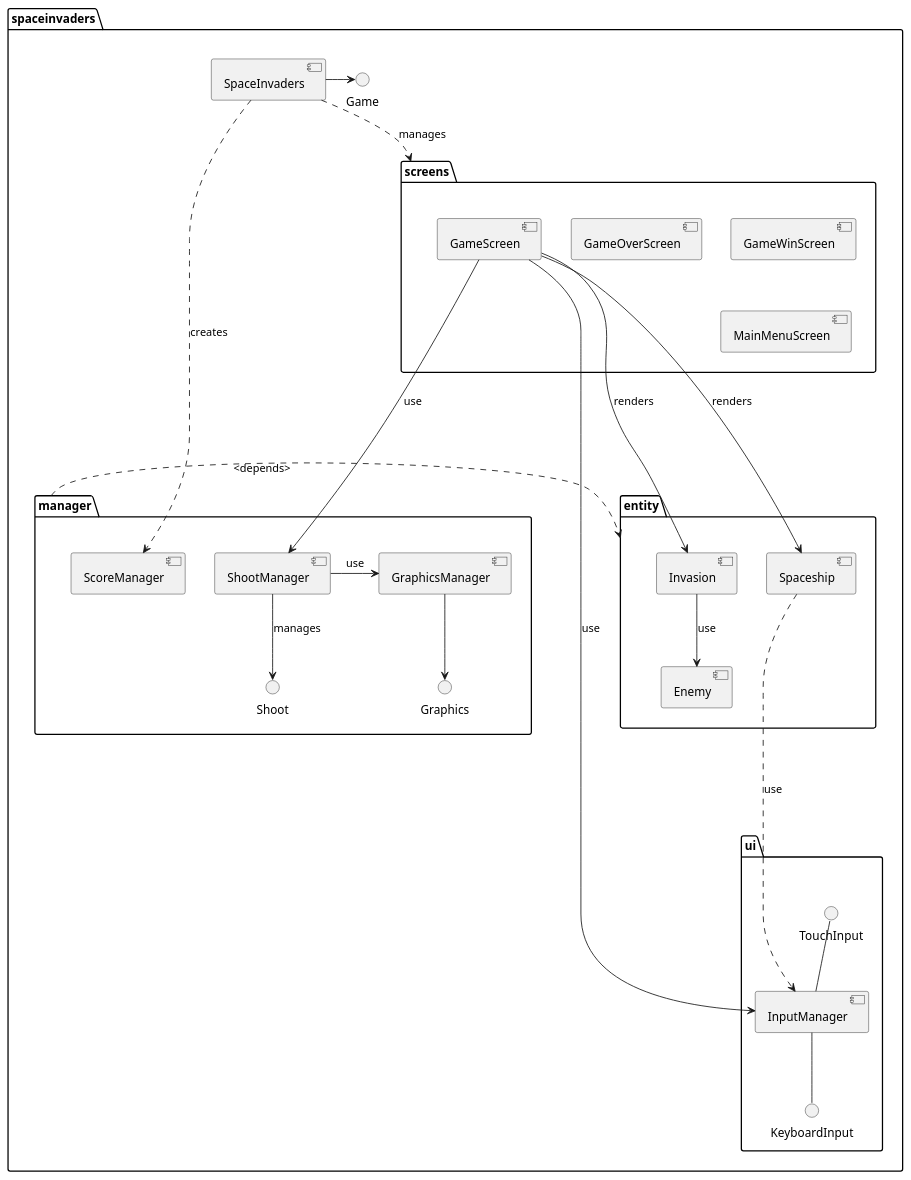
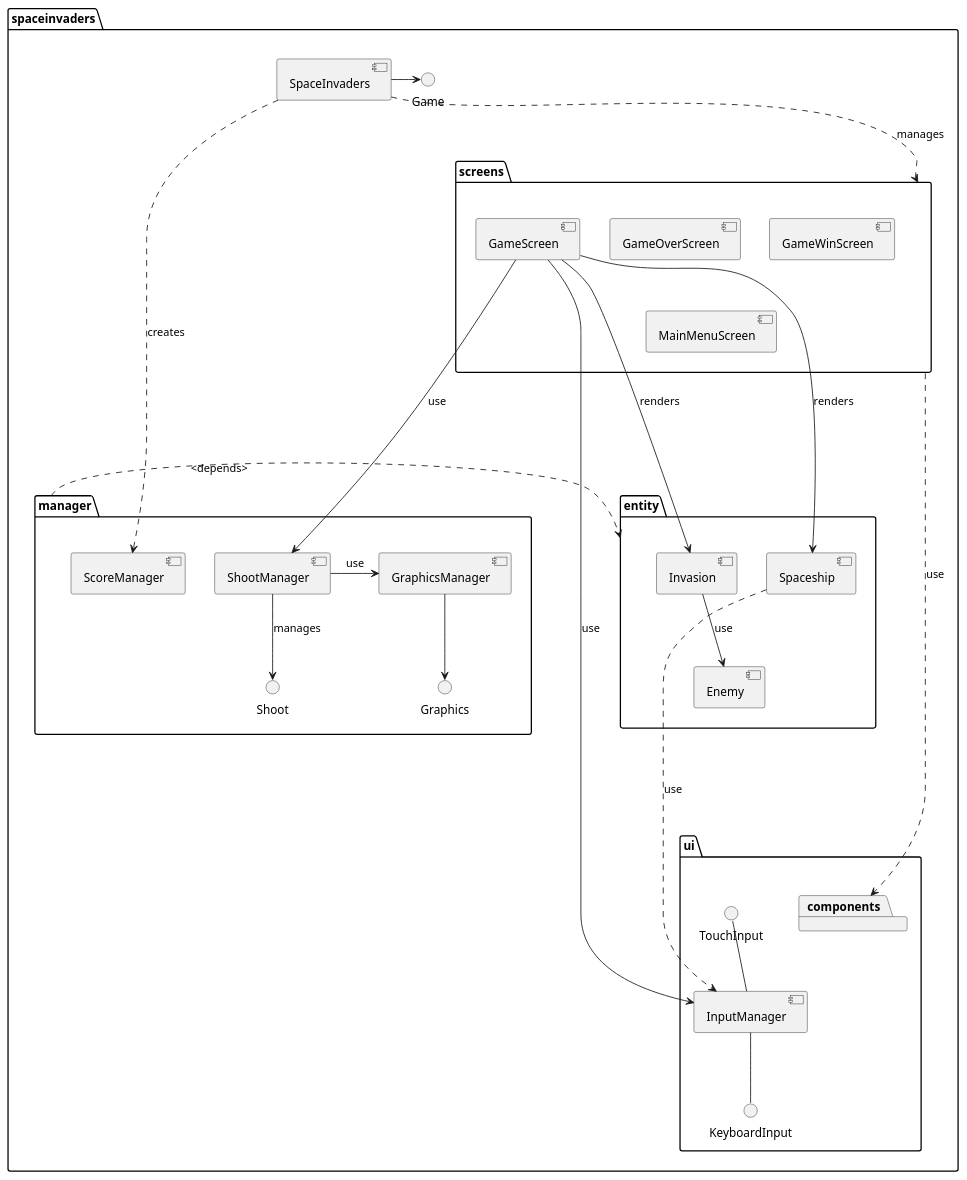
One commit to sratatata/space-invaders changed the diagram in static/core-components.puml. Above: the diagram before and after it, drawn with PlantUML. The commit also changed 2 other files, not shown here.

Commit message:
Move Label to components package

```diff
--- a/static/core-components.puml
+++ b/static/core-components.puml
@@ -1,40 +1,43 @@
 @startuml
 package "spaceinvaders" {
 
     package "manager" {
         [GraphicsManager] -down-> Graphics
         [ShootManager] -> [GraphicsManager] : use
         [ShootManager] --> Shoot : manages
         [ScoreManager]
     }
 
     package "ui" {
         [InputManager] -up- TouchInput
         [InputManager] -down- KeyboardInput
+
+        package "components"
     }
 
     package "entity" {
         [Enemy]
         [Invasion] --> [Enemy] : use
         [Spaceship] .....> InputManager : use
     }
 
     package "screens" {
         [GameScreen] --> [InputManager] : use
         [GameScreen] ----> [Spaceship] : renders
         [GameScreen] ----> [Invasion] : renders
         [GameScreen] --> [ShootManager] : use
         [GameOverScreen]
         [GameWinScreen]
         [MainMenuScreen]
     }
 
     [SpaceInvaders] -> Game
     [SpaceInvaders] .....> [ScoreManager] : creates
     [SpaceInvaders] ..> screens : manages
 
 
     manager .> entity : <depends>
+    screens .> components : use
 }
 
 @enduml
```
